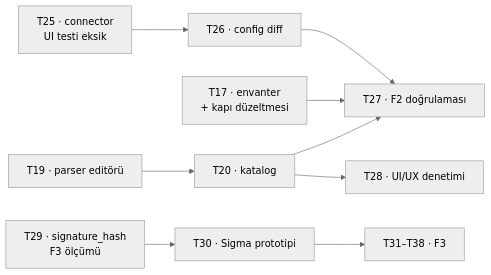
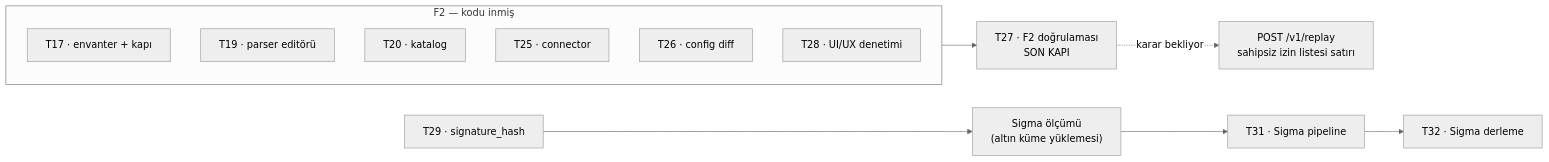
One commit to hakkisagdic/loganalyzer changed the diagram in docs/epic/is-envanteri/index.md. Above: the diagram before and after it, drawn with Mermaid (neutral theme). The commit also changed other lines of this file, not shown here.

````diff
--- a/docs/epic/is-envanteri/index.md
+++ b/docs/epic/is-envanteri/index.md
@@ -118,10 +213,15 @@
 ```mermaid
 flowchart LR
-  T25["T25 · connector<br/>UI testi eksik"] --> T26["T26 · config diff"]
-  T17["T17 · envanter<br/>+ kapı düzeltmesi"] --> T27
-  T19["T19 · parser editörü"] --> T20["T20 · katalog"] --> T27
-  T26 --> T27["T27 · F2 doğrulaması"]
-  T20 --> T28["T28 · UI/UX denetimi"]
-  T29["T29 · signature_hash<br/>F3 ölçümü"] --> T30["T30 · Sigma prototipi"]
-  T30 --> T31["T31–T38 · F3"]
+  subgraph F2["F2 — kodu inmiş"]
+    T17["T17 · envanter + kapı"]
+    T19["T19 · parser editörü"]
+    T20["T20 · katalog"]
+    T25["T25 · connector"]
+    T26["T26 · config diff"]
+    T28["T28 · UI/UX denetimi"]
+  end
+  F2 --> T27["T27 · F2 doğrulaması<br/>SON KAPI"]
+  T27 -.->|"karar bekliyor"| R["POST /v1/replay<br/>sahipsiz izin listesi satırı"]
+  T29["T29 · signature_hash"] --> S["Sigma ölçümü<br/>(altın küme yüklemesi)"]
+  S --> T31["T31 · Sigma pipeline"] --> T32["T32 · Sigma derleme"]
 ```
````
